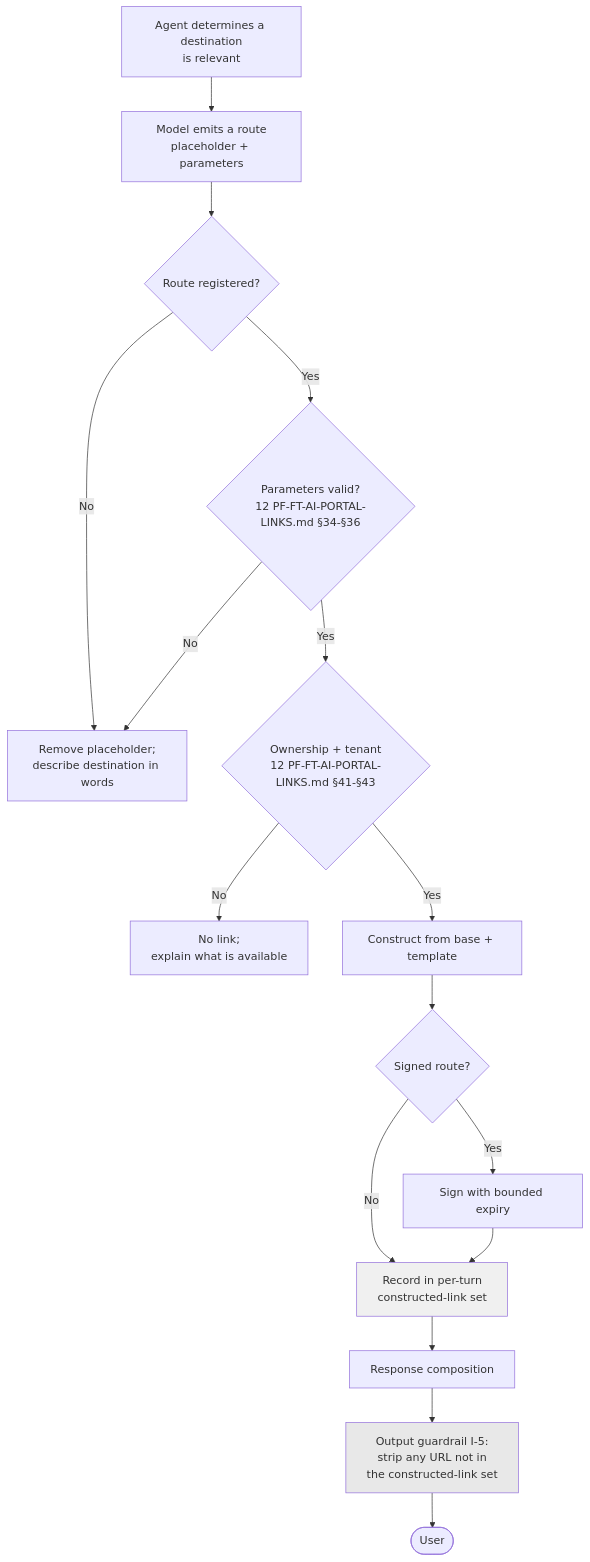
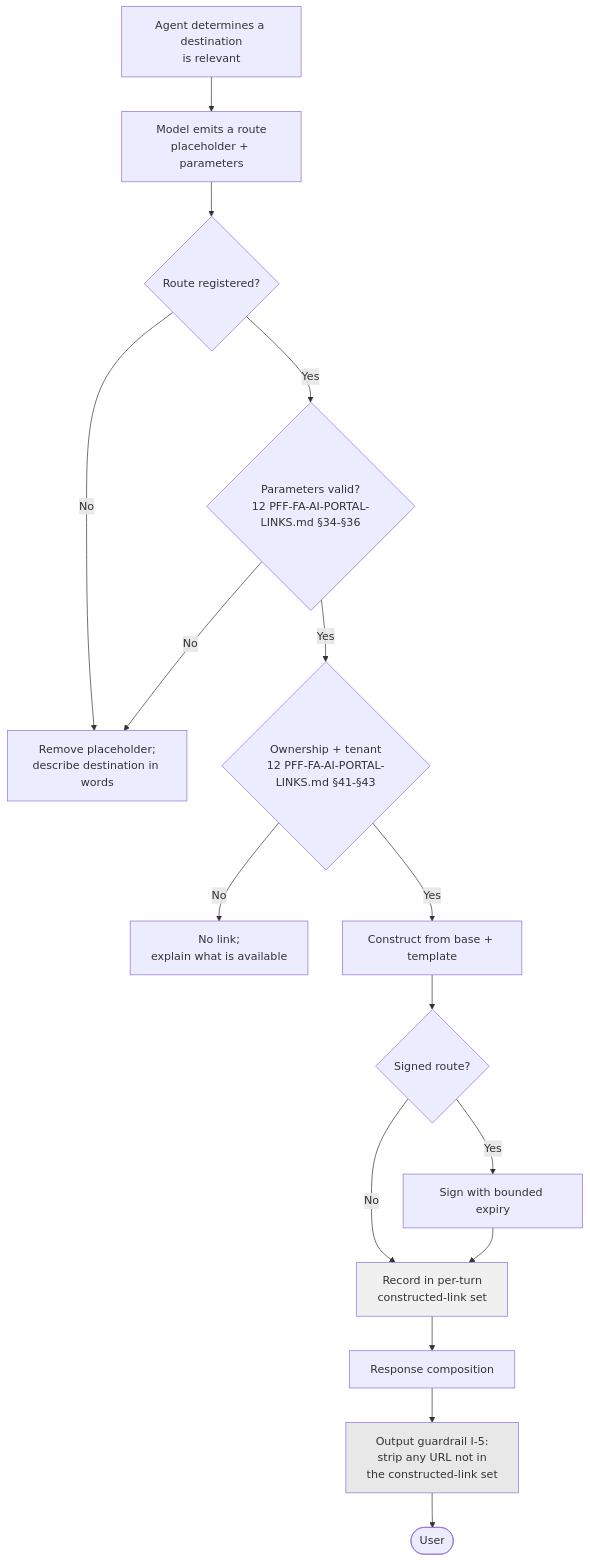
Before and after one commit to gobimca87/PF-FT: the diagram in docs/architecture/adr/02-application-architecture/ADR-D2-19-portal-link-registry-and-no-invented-urls.md, drawn with Mermaid. The commit also changed other lines of this file and 880 other files, not shown here.

````diff
--- a/docs/architecture/adr/02-application-architecture/ADR-D2-19-portal-link-registry-and-no-invented-urls.md
+++ b/docs/architecture/adr/02-application-architecture/ADR-D2-19-portal-link-registry-and-no-invented-urls.md
@@ -334,21 +334,21 @@
 ```mermaid
 flowchart TD
     A[Agent determines a destination<br/>is relevant] --> P[Model emits a route<br/>placeholder + parameters]
     P --> R{Route registered?}
     R -- No --> W[Remove placeholder;<br/>describe destination in words]
-    R -- Yes --> V{Parameters valid?<br/>12 PF-FT-AI-PORTAL-LINKS.md §34-§36}
+    R -- Yes --> V{Parameters valid?<br/>12 PFF-FA-AI-PORTAL-LINKS.md §34-§36}
     V -- No --> W
-    V -- Yes --> O{Ownership + tenant<br/>12 PF-FT-AI-PORTAL-LINKS.md §41-§43}
+    V -- Yes --> O{Ownership + tenant<br/>12 PFF-FA-AI-PORTAL-LINKS.md §41-§43}
     O -- No --> W2[No link;<br/>explain what is available]
     O -- Yes --> B[Construct from base + template]
     B --> S{Signed route?}
     S -- Yes --> SG[Sign with bounded expiry]
     S -- No --> REC
     SG --> REC[Record in per-turn<br/>constructed-link set]
     REC --> OUT[Response composition]
     OUT --> G[Output guardrail I-5:<br/>strip any URL not in<br/>the constructed-link set]
     G --> U([User])
 
     style G fill:#e8e8e8
     style REC fill:#f0f0f0
 ```
````
